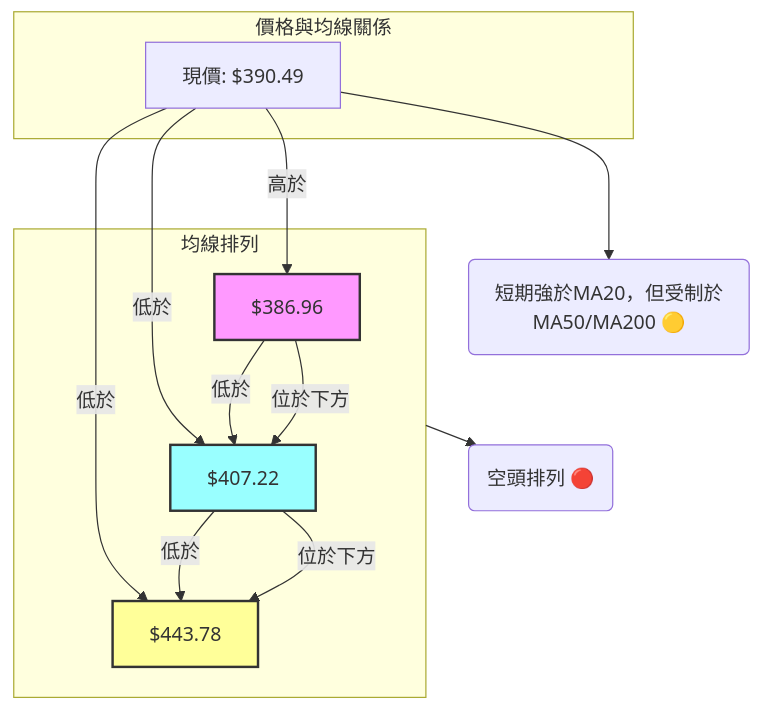
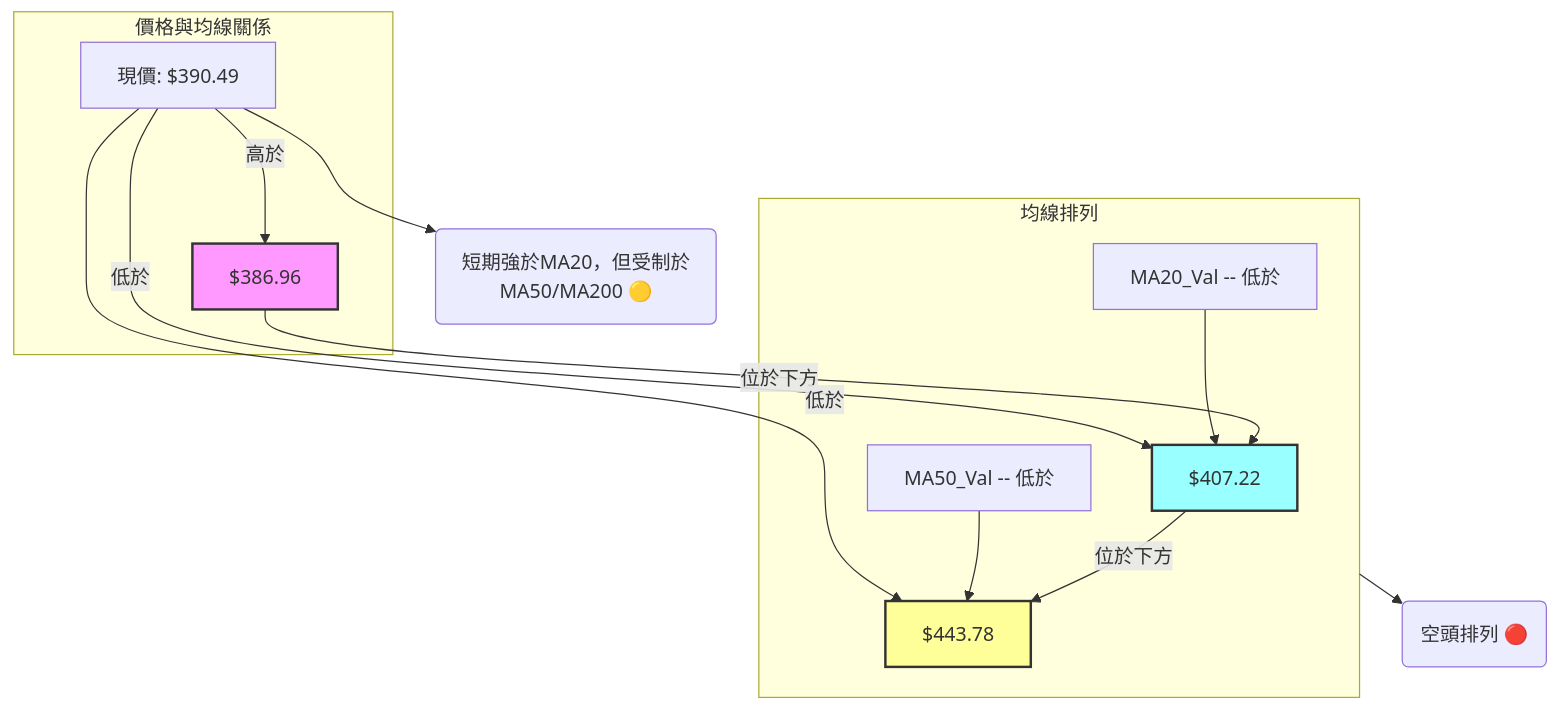
The seventh of 8 diagrams in ai_gen_report/stock/msft/technical_analysis_2026-07-04_gemini.md (yennanliu/finance_data), drawn with Mermaid before and after one commit. The commit also changed other lines of this file and 2258 other files, not shown here.

First line of the commit message:
chore: backfill Mermaid syntax repair across existing reports

````diff
--- a/ai_gen_report/stock/msft/technical_analysis_2026-07-04_gemini.md
+++ b/ai_gen_report/stock/msft/technical_analysis_2026-07-04_gemini.md
@@ -463,28 +463,28 @@
 ```mermaid
 graph TD
-    MA20_Val[$386.96]
-    MA50_Val[$407.22]
-    MA200_Val[$443.78]
+    MA20_Val["$386.96"]
+    MA50_Val["$407.22"]
+    MA200_Val["$443.78"]
 
-    MA20_Val -->|位於下方| MA50_Val
-    MA50_Val -->|位於下方| MA200_Val
+    MA20_Val -->|"位於下方"| MA50_Val
+    MA50_Val -->|"位於下方"| MA200_Val
 
     style MA20_Val fill:#F9F,stroke:#333,stroke-width:2px
     style MA50_Val fill:#9FF,stroke:#333,stroke-width:2px
     style MA200_Val fill:#FF9,stroke:#333,stroke-width:2px
 
     subgraph 均線排列
-        MA20_Val -- 低於 --> MA50_Val
-        MA50_Val -- 低於 --> MA200_Val
+        nb1["MA20_Val -- 低於"] --> MA50_Val
+        nb2["MA50_Val -- 低於"] --> MA200_Val
     end
 
     subgraph 價格與均線關係
-        P[現價: $390.49]
-        P -->|高於| MA20_Val
-        P -->|低於| MA50_Val
-        P -->|低於| MA200_Val
+        P["現價: $390.49"]
+        P -->|"高於"| MA20_Val
+        P -->|"低於"| MA50_Val
+        P -->|"低於"| MA200_Val
     end
 
-    均線排列 --> 結果(空頭排列 🔴)
-    P --> 結果2(短期強於MA20，但受制於MA50/MA200 🟡)
+    均線排列 --> 結果("空頭排列 🔴")
+    P --> 結果2("短期強於MA20，但受制於MA50/MA200 🟡")
 ```
````
